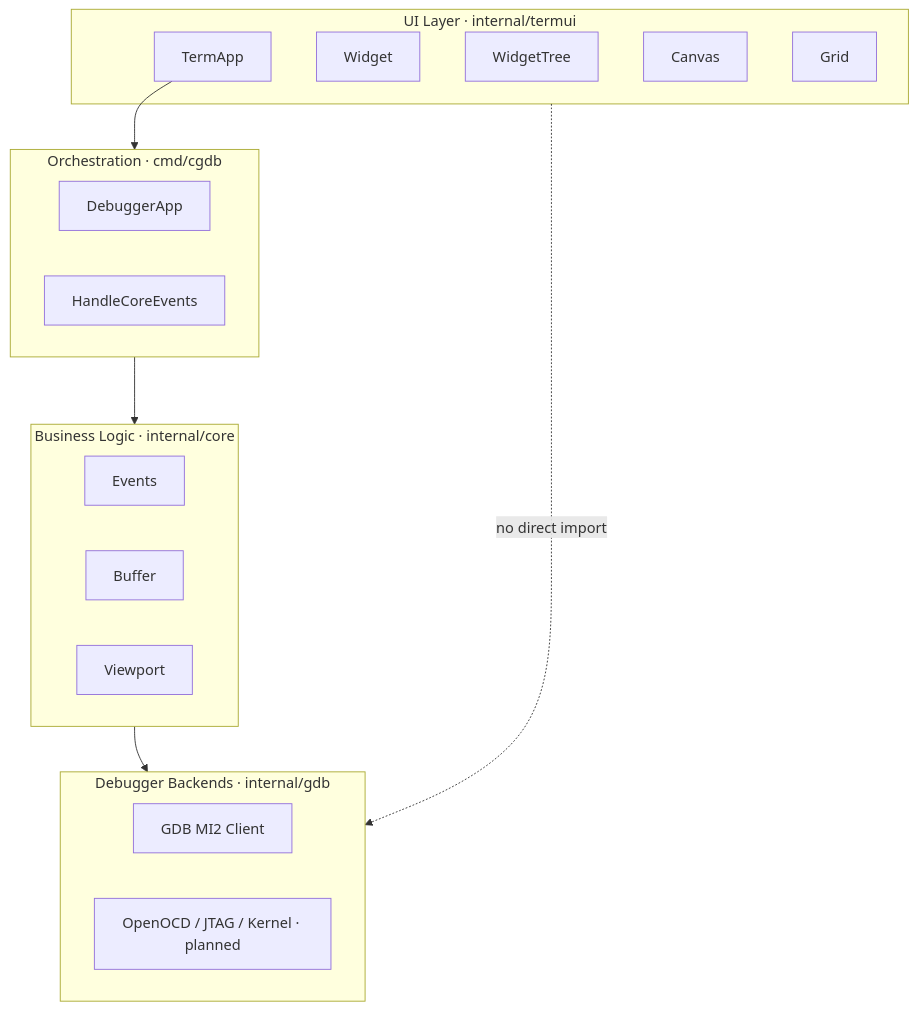
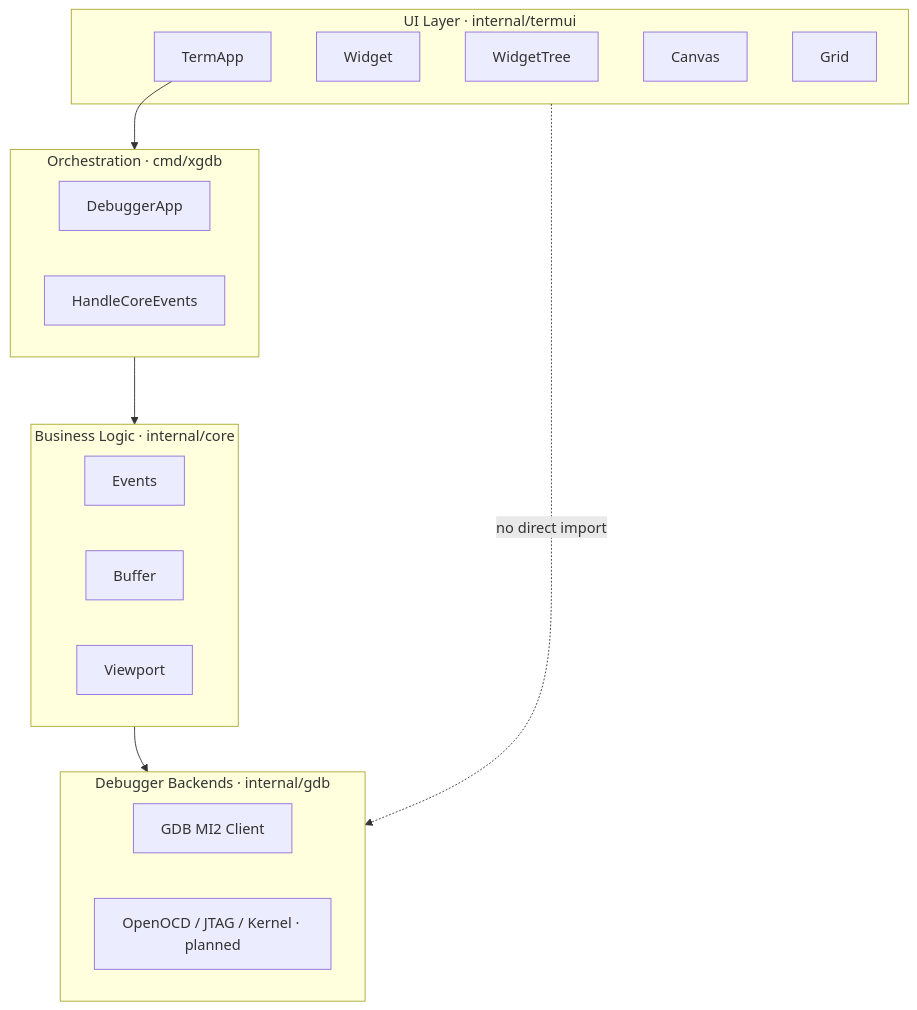
One commit to yairgd/gdbforge changed the diagram in docs/diagrams/module_boundaries.mermaid. Above: the diagram before and after it, drawn with Mermaid. The commit also changed 67 other files, not shown here.

```diff
--- a/docs/diagrams/module_boundaries.mermaid
+++ b/docs/diagrams/module_boundaries.mermaid
@@ -1,29 +1,29 @@
 flowchart TB
     subgraph UI["UI Layer · internal/termui"]
         TermApp
         Widget
         WidgetTree
         Canvas
         Grid
     end
 
-    subgraph App["Orchestration · cmd/cgdb"]
+    subgraph App["Orchestration · cmd/xgdb"]
         DebuggerApp["DebuggerApp"]
         HandleCore["HandleCoreEvents"]
     end
 
     subgraph Core["Business Logic · internal/core"]
         Events
         Buffer
         Viewport
     end
 
     subgraph Backends["Debugger Backends · internal/gdb"]
         GDB_MI["GDB MI2 Client"]
         Future["OpenOCD / JTAG / Kernel · planned"]
     end
 
     TermApp --> App
     App --> Core
     Core --> Backends
     UI -.->|"no direct import"| Backends
```
